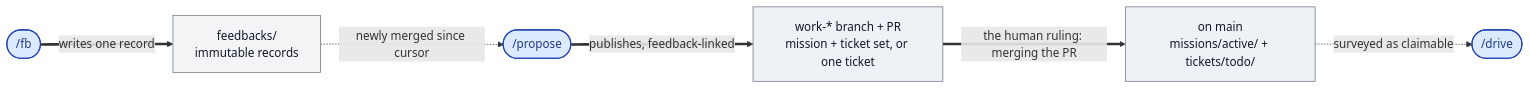
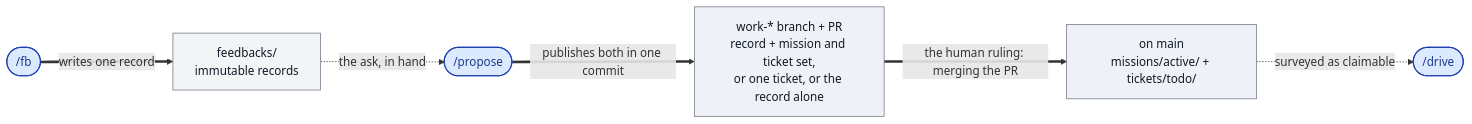
The third of 5 diagrams in README.md (qmu/workaholic), drawn with Mermaid before and after one commit. The commit also changed other lines of this file and 13 other files, not shown here.

````diff
--- a/README.md
+++ b/README.md
@@ -263,23 +263,23 @@
 ```mermaid
 flowchart LR
   feedback(["/fb"])
   propose(["/propose"])
   drive(["/drive"])
 
   FBK["feedbacks/<br/>immutable records"]
-  PROP["work-* branch + PR<br/>mission + ticket set, or one ticket"]
+  PROP["work-* branch + PR<br/>record + mission and ticket set,<br/>or one ticket, or the record alone"]
   ACTIVE["on main<br/>missions/active/ + tickets/todo/"]
 
   feedback ==>|writes one record| FBK
-  FBK -.->|newly merged since cursor| propose
-  propose ==>|publishes, feedback-linked| PROP
+  FBK -.->|the ask, in hand| propose
+  propose ==>|publishes both in one commit| PROP
   PROP ==>|the human ruling: merging the PR| ACTIVE
   ACTIVE -.->|surveyed as claimable| drive
 
   classDef cmd fill:#dbeafe,stroke:#1e40af,stroke-width:1.5px,color:#1e3a8a;
   classDef state fill:#eef1f6,stroke:#6b7280,color:#111827;
   classDef art fill:#f3f4f6,stroke:#6b7280,color:#111827;
   class feedback,propose,drive cmd;
   class PROP,ACTIVE state;
   class FBK art;
 ```
````
